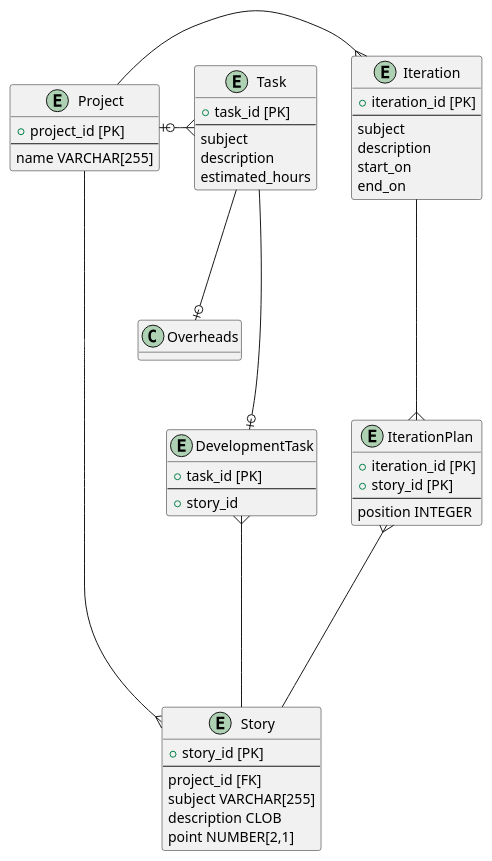
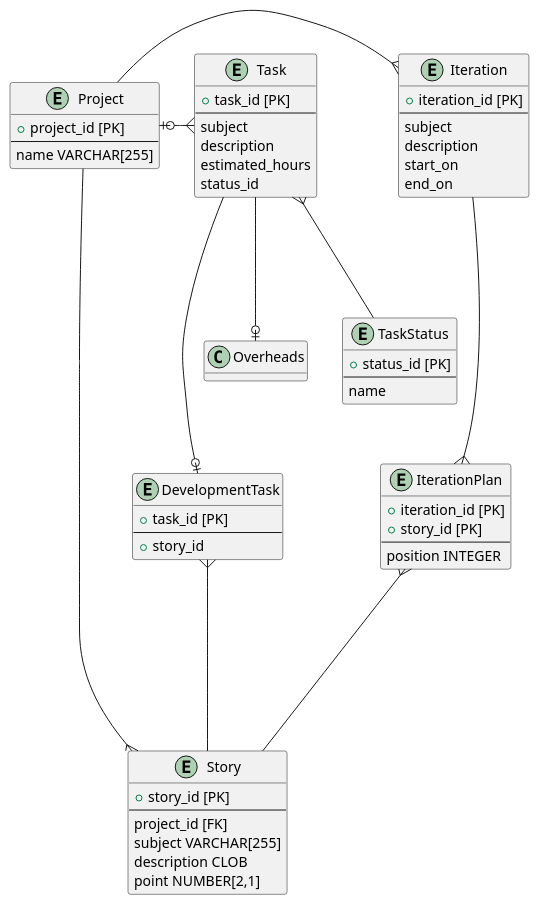
Before and after one commit to kawasima/rascaloid: the diagram in model.puml, drawn with PlantUML. The commit also changed 20 other files, not shown here.

```diff
--- a/model.puml
+++ b/model.puml
@@ -1,57 +1,66 @@
 @startuml
 hide methods
 hide stereotypes
 
 entity Project {
   + project_id [PK]
   --
   name VARCHAR[255]
 }
 
 entity Story {
   + story_id [PK]
   --
   project_id [FK]
   subject VARCHAR[255]
   description CLOB
   point NUMBER[2,1]
 }
+
 entity Task {
   + task_id [PK]
   --
   subject
   description
   estimated_hours
+  status_id
+}
+
+entity TaskStatus {
+  + status_id [PK]
+  --
+  name
 }
 
 entity IterationPlan {
   + iteration_id [PK]
   + story_id [PK]
   --
   position INTEGER
 }
 
 entity Iteration {
   + iteration_id [PK]
   --
   subject
   description
   start_on
   end_on
 }
 
 entity DevelopmentTask {
   + task_id [PK]
   --
   + story_id
 }
 
 Project --right--{ Iteration
 Project ----{ Story
 Iteration ----{ IterationPlan
 IterationPlan }---- Story
 Project |o--right--{ Task
 Task ---o| DevelopmentTask
 Task ---o| Overheads
+Task }--- TaskStatus
 DevelopmentTask }---- Story
 @enduml
```
